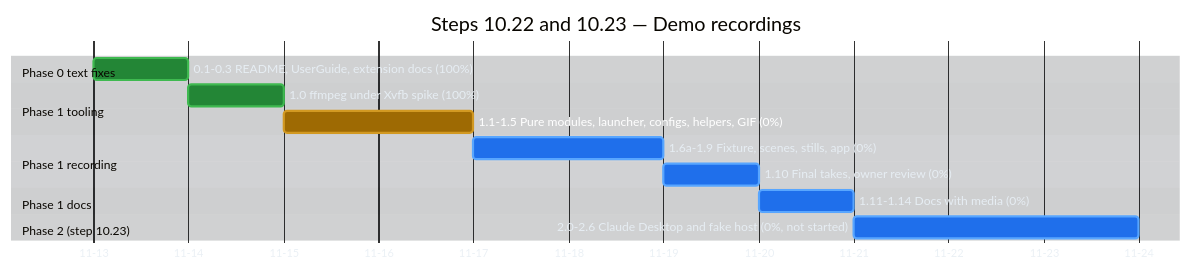
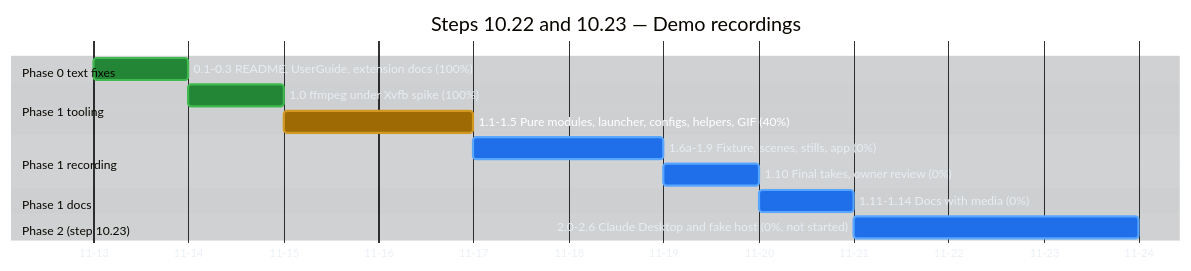
One commit to raulkivi/agent-cost-analyzer changed the second of 4 diagrams in docs/implementation-plan-gantt.md. Above: the diagram before and after it, drawn with Mermaid. The commit also changed other lines of this file and 1 other file, not shown here.

````diff
--- a/docs/implementation-plan-gantt.md
+++ b/docs/implementation-plan-gantt.md
@@ -135,51 +135,51 @@
 ```mermaid
 %%{init: {
   "theme": "base",
   "themeVariables": {
     "darkMode": true,
     "background": "#0d1117",
     "textColor": "#e6edf3",
     "primaryTextColor": "#e6edf3",
     "lineColor": "#8b949e",
     "sectionBkgColor": "#161b22",
     "sectionBkgColor2": "#1c2129",
     "altSectionBkgColor": "#0d1117",
     "gridColor": "#30363d",
     "excludeBkgColor": "#161b22",
     "todayLineColor": "#f85149",
     "taskBkgColor": "#1f6feb",
     "taskBorderColor": "#58a6ff",
     "taskTextColor": "#ffffff",
     "taskTextLightColor": "#ffffff",
     "taskTextDarkColor": "#ffffff",
     "taskTextOutsideColor": "#e6edf3",
     "doneTaskBkgColor": "#238636",
     "doneTaskBorderColor": "#3fb950",
     "activeTaskBkgColor": "#9e6a03",
     "activeTaskBorderColor": "#d29922",
     "critBkgColor": "#da3633",
     "critBorderColor": "#f85149"
   }
 }}%%
 gantt
     title Steps 10.22 and 10.23 — Demo recordings
     dateFormat YYYY-MM-DD
     axisFormat %m-%d
 
     section Phase 0 text fixes
     0.1-0.3 README, UserGuide, extension docs (100%) :done, d0, 2026-11-13, 1d
 
     section Phase 1 tooling
     1.0 ffmpeg under Xvfb spike (100%)              :done, d10, after d0, 1d
-    1.1-1.5 Pure modules, launcher, configs, helpers, GIF (0%) :active, d11, after d10, 2d
+    1.1-1.5 Pure modules, launcher, configs, helpers, GIF (40%) :active, d11, after d10, 2d
 
     section Phase 1 recording
     1.6a-1.9 Fixture, scenes, stills, app (0%)      :d16, after d11, 2d
     1.10 Final takes, owner review (0%)            :d110, after d16, 1d
 
     section Phase 1 docs
     1.11-1.14 Docs with media (0%)                 :d111, after d110, 1d
 
     section Phase 2 (step 10.23)
     2.0-2.6 Claude Desktop and fake host (0%, not started) :d20, after d111, 3d
 ```
````
